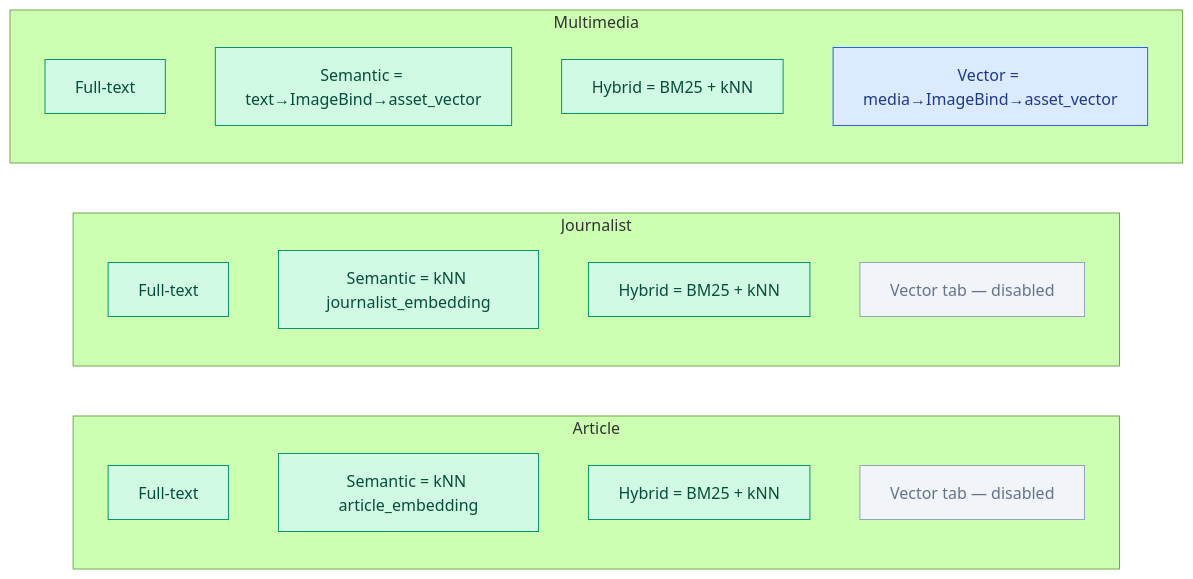
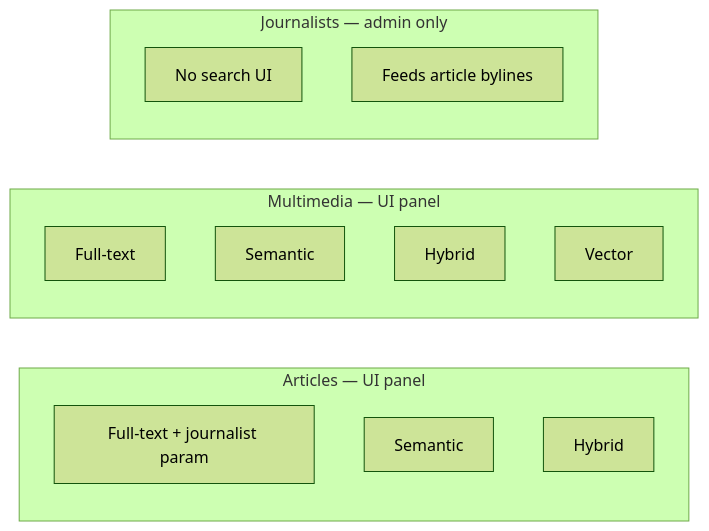
Before and after one commit to bigfito/gotham-media-browser: the first of 3 diagrams in docs/elasticsearch-denormalized-diagram.md, drawn with Mermaid (forest theme). The commit also changed other lines of this file and 6 other files, not shown here.

First line of the commit message:
Align design to ES-only dual-index architecture

````diff
--- a/docs/elasticsearch-denormalized-diagram.md
+++ b/docs/elasticsearch-denormalized-diagram.md
@@ -9,28 +9,18 @@
 ```mermaid
 flowchart LR
-  subgraph ART["Article"]
-    A1["Full-text"]
-    A2["Semantic = kNN article_embedding"]
-    A3["Hybrid = BM25 + kNN"]
-    A4["Vector tab — disabled"]
+  subgraph ART["Articles — UI panel"]
+    A1["Full-text + journalist param"]
+    A2["Semantic"]
+    A3["Hybrid"]
   end
-  subgraph JOUR["Journalist"]
-    J1["Full-text"]
-    J2["Semantic = kNN journalist_embedding"]
-    J3["Hybrid = BM25 + kNN"]
-    J4["Vector tab — disabled"]
+  subgraph MED["Multimedia — UI panel"]
+    M1["Full-text"]
+    M2["Semantic"]
+    M3["Hybrid"]
+    M4["Vector"]
   end
-  subgraph MEDIA["Multimedia"]
-    M1["Full-text"]
-    M2["Semantic = text→ImageBind→asset_vector"]
-    M3["Hybrid = BM25 + kNN"]
-    M4["Vector = media→ImageBind→asset_vector"]
+  subgraph J["Journalists — admin only"]
+    J1["No search UI"]
+    J2["Feeds article bylines"]
   end
-
-  classDef on fill:#D1FAE5,stroke:#059669,color:#064E3B;
-  classDef off fill:#F1F5F9,stroke:#94A3B8,color:#64748B;
-  classDef vec fill:#DBEAFE,stroke:#2563EB,color:#1E3A8A;
-  class A1,A2,A3,J1,J2,J3,M1,M2,M3 on;
-  class A4,J4 off;
-  class M4 vec;
 ```
````
